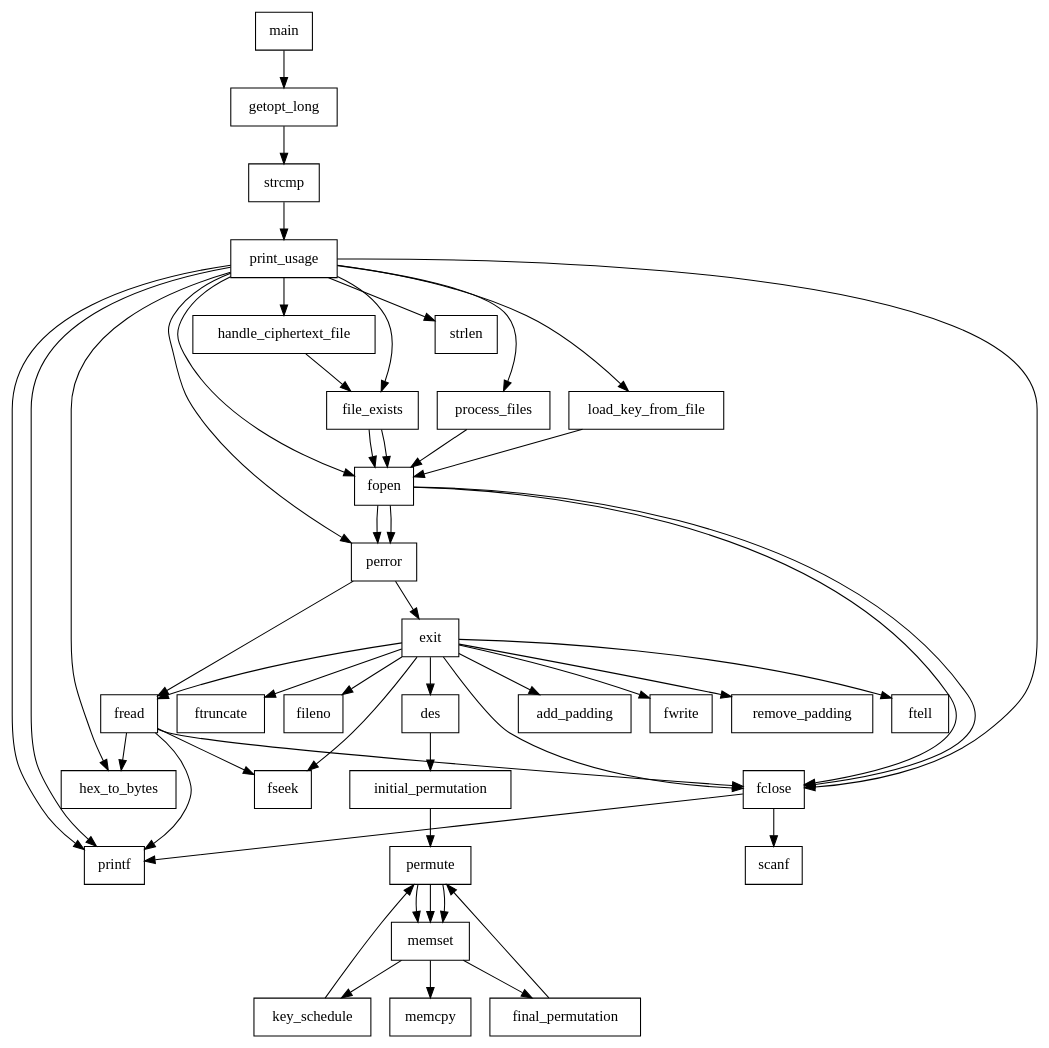
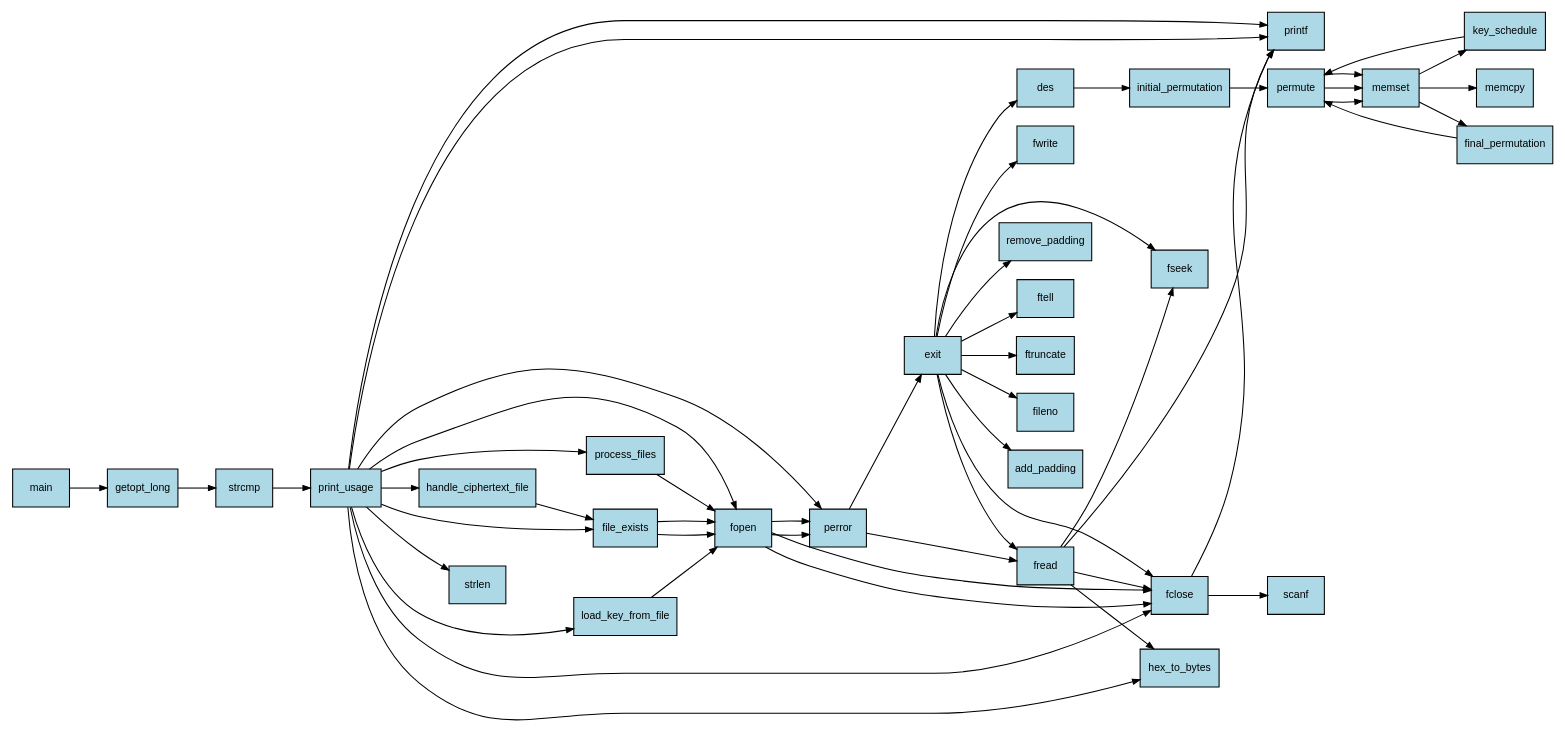
The diagram in des-encryption/graph/callgraph.dot (Nouran-Salah/Computer-Networks-and-Security), drawn with Graphviz before and after one commit. The commit also changed 3 other files, not shown here.

```diff
--- a/des-encryption/graph/callgraph.dot
+++ b/des-encryption/graph/callgraph.dot
@@ -1,54 +1,56 @@
 digraph CallGraph {
-    node [shape=box];
+    rankdir=LR;
+    node [shape=box, style=filled, fillcolor=lightblue, fontname=Arial, fontsize=10];
+    edge [color=black, arrowsize=0.7];
     "main" -> "getopt_long";
     "getopt_long" -> "strcmp";
     "strcmp" -> "print_usage";
     "print_usage" -> "printf";
     "print_usage" -> "printf";
     "print_usage" -> "load_key_from_file";
     "load_key_from_file" -> "fopen";
     "fopen" -> "perror";
     "perror" -> "fread";
     "fread" -> "fclose";
     "fread" -> "fseek";
     "fread" -> "hex_to_bytes";
     "fread" -> "printf";
     "print_usage" -> "strlen";
     "print_usage" -> "hex_to_bytes";
     "print_usage" -> "file_exists";
     "file_exists" -> "fopen";
     "fopen" -> "fclose";
     "print_usage" -> "handle_ciphertext_file";
     "handle_ciphertext_file" -> "file_exists";
     "file_exists" -> "fopen";
     "fopen" -> "fclose";
     "fclose" -> "printf";
     "fclose" -> "scanf";
     "print_usage" -> "fopen";
     "print_usage" -> "perror";
     "print_usage" -> "fclose";
     "print_usage" -> "process_files";
     "process_files" -> "fopen";
     "fopen" -> "perror";
     "perror" -> "exit";
     "exit" -> "fclose";
     "exit" -> "fread";
     "exit" -> "add_padding";
     "exit" -> "des";
     "des" -> "initial_permutation";
     "initial_permutation" -> "permute";
     "permute" -> "memset";
     "memset" -> "memcpy";
     "memset" -> "key_schedule";
     "key_schedule" -> "permute";
     "permute" -> "memset";
     "memset" -> "final_permutation";
     "final_permutation" -> "permute";
     "permute" -> "memset";
     "exit" -> "fwrite";
     "exit" -> "fseek";
     "exit" -> "remove_padding";
     "exit" -> "ftell";
     "exit" -> "ftruncate";
     "exit" -> "fileno";
 }
```
